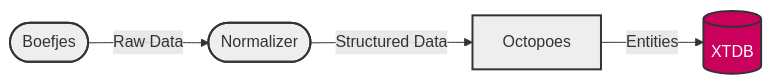
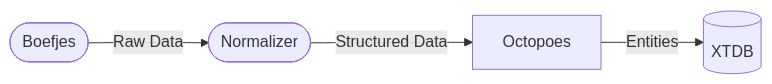
Before and after one commit to minvws/nl-kat-coordination: the second of 2 diagrams in octopoes/docs/diagrams.md, drawn with Mermaid.

Commit message:
docs(octopoes): diagrams

````diff
--- a/octopoes/docs/diagrams.md
+++ b/octopoes/docs/diagrams.md
@@ -32,17 +32,13 @@
 ```mermaid
 graph LR
 
-	A(["Boefjes"])
+	  A(["Boefjes"])
     B(["Normalizer"])
     C["Octopoes"]
     D[(XTDB)]
 
-	A -- Raw Data --> B
+    A -- Raw Data --> B
     B -- Structured Data --> C
     C -- Entities --> D
 
-    classDef highlight fill:#ca005d,color:white,stroke:#333,stroke-width:2px;
-    classDef processor fill:#eee,stroke:#333,stroke-width:2px;
-    class D,F highlight
-    class A,B,C,E processor
 ```
````
